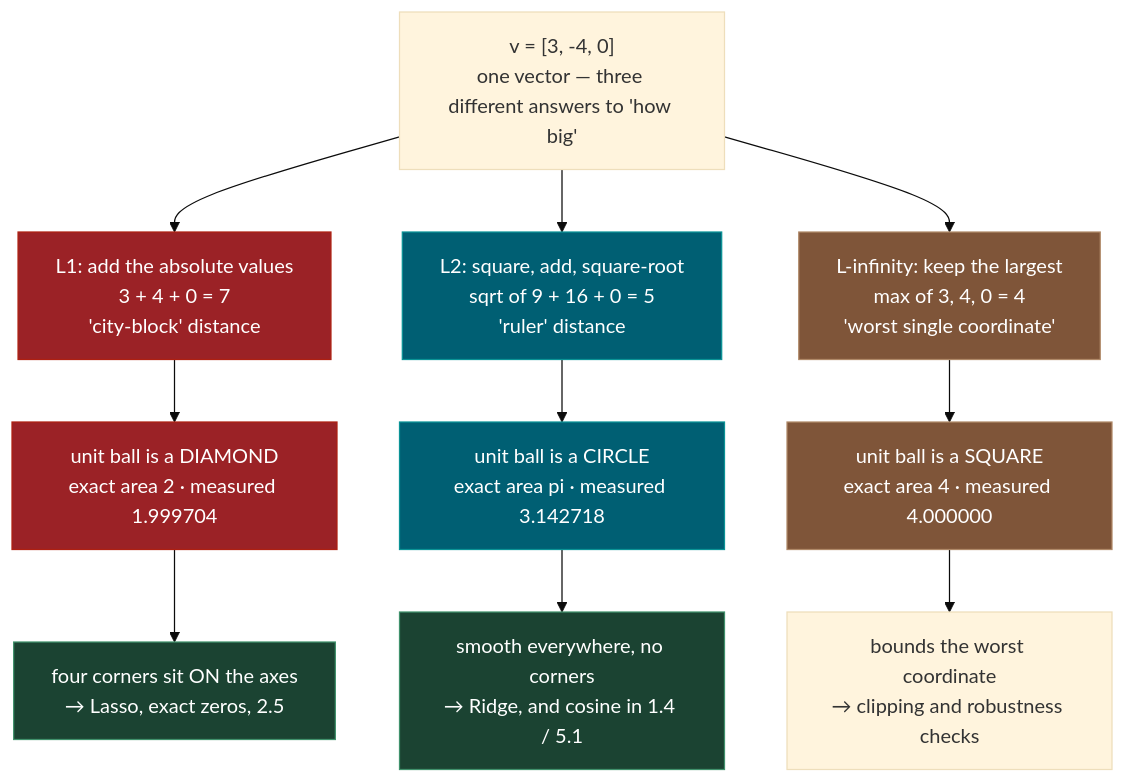
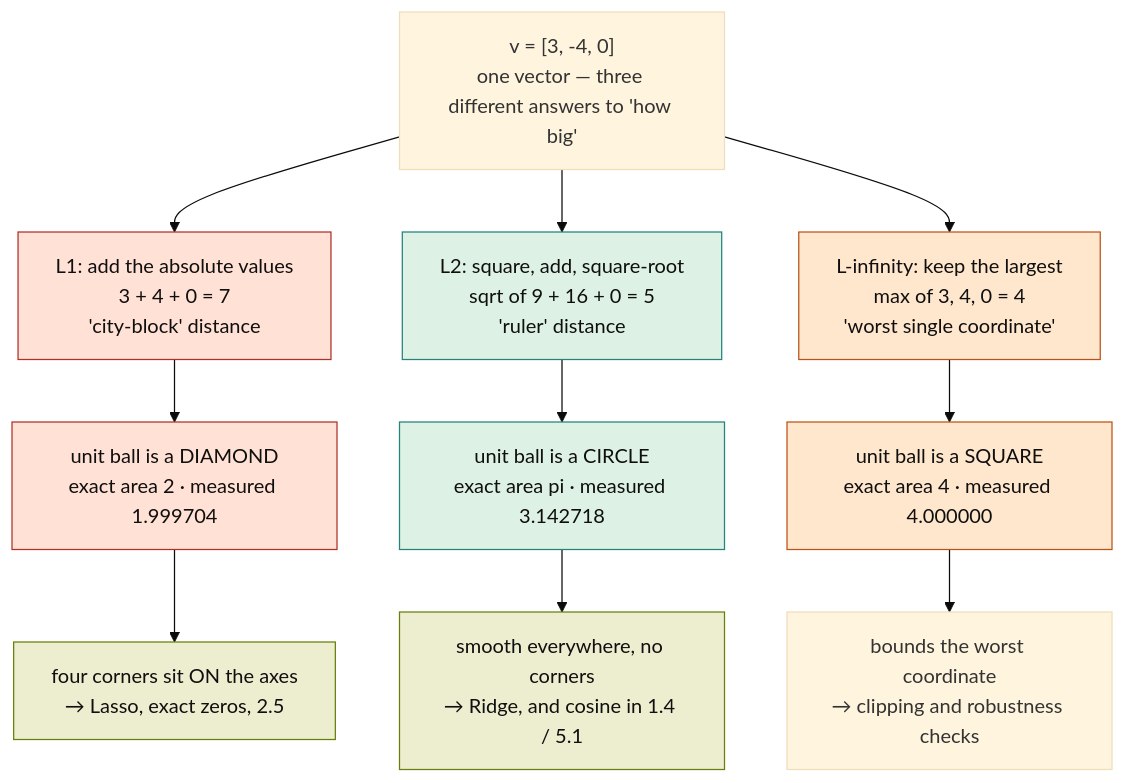
Before and after one commit to madhankumar-chiluveri/ai-ml-course: the fifth of 8 diagrams in course-path/phase-1-math-foundations/01_vectors_vector_spaces_norms.md, drawn with Mermaid (base theme). The commit also changed other lines of this file and 41 other files, not shown here.

````diff
--- a/course-path/phase-1-math-foundations/01_vectors_vector_spaces_norms.md
+++ b/course-path/phase-1-math-foundations/01_vectors_vector_spaces_norms.md
@@ -208,25 +249,24 @@
 ```mermaid
 flowchart TD
     V["v = [3, -4, 0]<br>one vector — three different answers to 'how big'"]
 
     V --> L1["L1: add the absolute values<br>3 + 4 + 0 = 7<br>'city-block' distance"]
     V --> L2["L2: square, add, square-root<br>sqrt of 9 + 16 + 0 = 5<br>'ruler' distance"]
     V --> LI["L-infinity: keep the largest<br>max of 3, 4, 0 = 4<br>'worst single coordinate'"]
 
     L1 --> B1["unit ball is a DIAMOND<br>exact area 2 · measured 1.999704"]
     L2 --> B2["unit ball is a CIRCLE<br>exact area pi · measured 3.142718"]
     LI --> B3["unit ball is a SQUARE<br>exact area 4 · measured 4.000000"]
 
     B1 --> U1["four corners sit ON the axes<br>→ Lasso, exact zeros, 2.5"]
     B2 --> U2["smooth everywhere, no corners<br>→ Ridge, and cosine in 1.4 / 5.1"]
     B3 --> U3["bounds the worst coordinate<br>→ clipping and robustness checks"]
-
-    style L1 fill:#9b2226,stroke:#ae2012,color:#fff
-    style B1 fill:#9b2226,stroke:#ae2012,color:#fff
-    style L2 fill:#005f73,stroke:#0a9396,color:#fff
-    style B2 fill:#005f73,stroke:#0a9396,color:#fff
-    style LI fill:#7f5539,stroke:#b08968,color:#fff
-    style B3 fill:#7f5539,stroke:#b08968,color:#fff
-    style U1 fill:#1b4332,stroke:#40916c,color:#fff
-    style U2 fill:#1b4332,stroke:#40916c,color:#fff
+    class L1,B1 err
+    classDef err fill:#FFE1D5,stroke:#AF3029,color:#100F0F
+    class L2,B2 proc
+    classDef proc fill:#DDF1E4,stroke:#24837B,color:#100F0F
+    class LI,B3 warn
+    classDef warn fill:#FFE7CE,stroke:#BC5215,color:#100F0F
+    class U1,U2 ok
+    classDef ok fill:#EDEECF,stroke:#66800B,color:#100F0F
 ```
````
